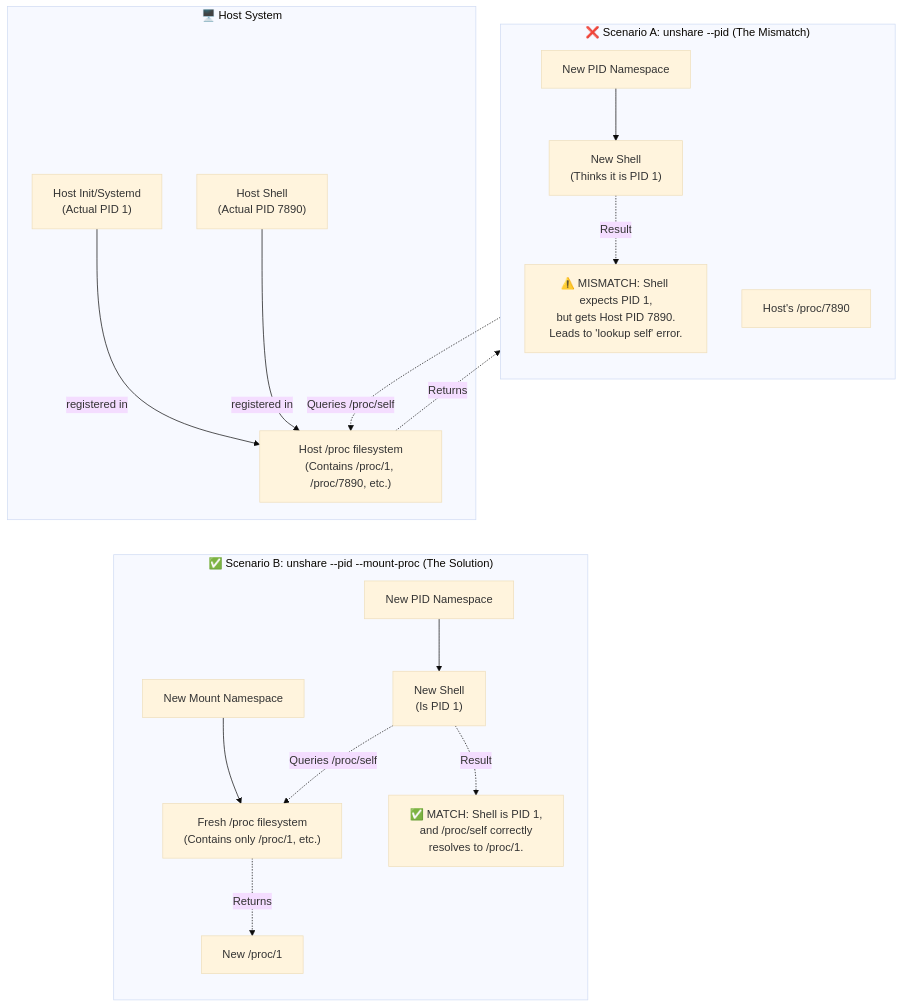
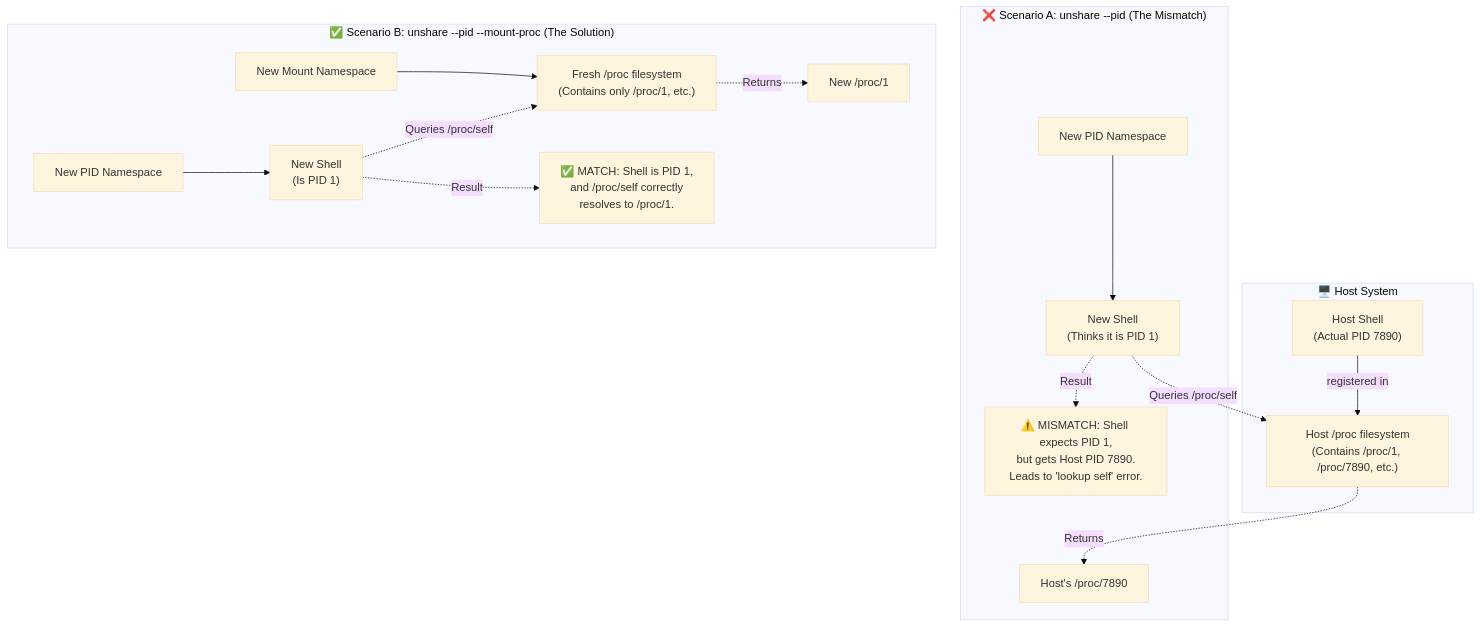
One commit to winhtaikaung/winhtaikaung.github.io changed the diagram in _posts/containers/2026-07-17-til-proc-fatal-library-error.md. Above: the diagram before and after it, drawn with Mermaid (base theme). The commit also changed other lines of this file, not shown here.

Commit message:
Update TIL post on unshare and PID namespaces

````diff
--- a/_posts/containers/2026-07-17-til-proc-fatal-library-error.md
+++ b/_posts/containers/2026-07-17-til-proc-fatal-library-error.md
@@ -70,41 +180,35 @@
 ```mermaid
 flowchart TD
-    subgraph HostSystem ["🖥️ Host System"]
+    subgraph Host System ["🖥️ Host System"]
         HostProc["Host /proc filesystem\n(Contains /proc/1, /proc/7890, etc.)"]
-        HostInit["Host Init/Systemd\n(Actual PID 1)"]
         HostShell["Host Shell\n(Actual PID 7890)"]
-        
-        HostInit -->|registered in| HostProc
         HostShell -->|registered in| HostProc
     end
 
-    subgraph ScenarioA ["❌ Scenario A: unshare --pid (The Mismatch)"]
-        direction TB
+    subgraph Scenario A ["❌ Scenario A: unshare --pid (The Mismatch)"]
         NewNS_A["New PID Namespace"]
         Shell_A["New Shell\n(Thinks it is PID 1)"]
-        ErrorA["⚠️ MISMATCH: Shell expects PID 1,\nbut gets Host PID 7890.\nLeads to 'lookup self' error."]
         
         NewNS_A --> Shell_A
         Shell_A -.->|Queries /proc/self| HostProc
         HostProc -.->|Returns| HostProc7890["Host's /proc/7890"]
-        Shell_A -.->|Result| ErrorA
+        
+        Shell_A -.->|Result| ErrorA["⚠️ MISMATCH: Shell expects PID 1,\nbut gets Host PID 7890.\nLeads to 'lookup self' error."]
     end
 
-    subgraph ScenarioB ["✅ Scenario B: unshare --pid --mount-proc (The Solution)"]
-        direction TB
+    subgraph Scenario B ["✅ Scenario B: unshare --pid --mount-proc (The Solution)"]
         NewNS_B["New PID Namespace"]
         NewMountNS["New Mount Namespace"]
         Shell_B["New Shell\n(Is PID 1)"]
         FreshProc["Fresh /proc filesystem\n(Contains only /proc/1, etc.)"]
-        Success["✅ MATCH: Shell is PID 1,\nand /proc/self correctly\nresolves to /proc/1."]
         
         NewNS_B --> Shell_B
         NewMountNS --> FreshProc
         Shell_B -.->|Queries /proc/self| FreshProc
         FreshProc -.->|Returns| FreshProc1["New /proc/1"]
-        Shell_B -.->|Result| Success
+        
+        Shell_B -.->|Result| Success["✅ MATCH: Shell is PID 1,\nand /proc/self correctly\nresolves to /proc/1."]
     end
 
-    HostSystem ~~~ ScenarioA
-    HostSystem ~~~ ScenarioB
+
 ```
````
